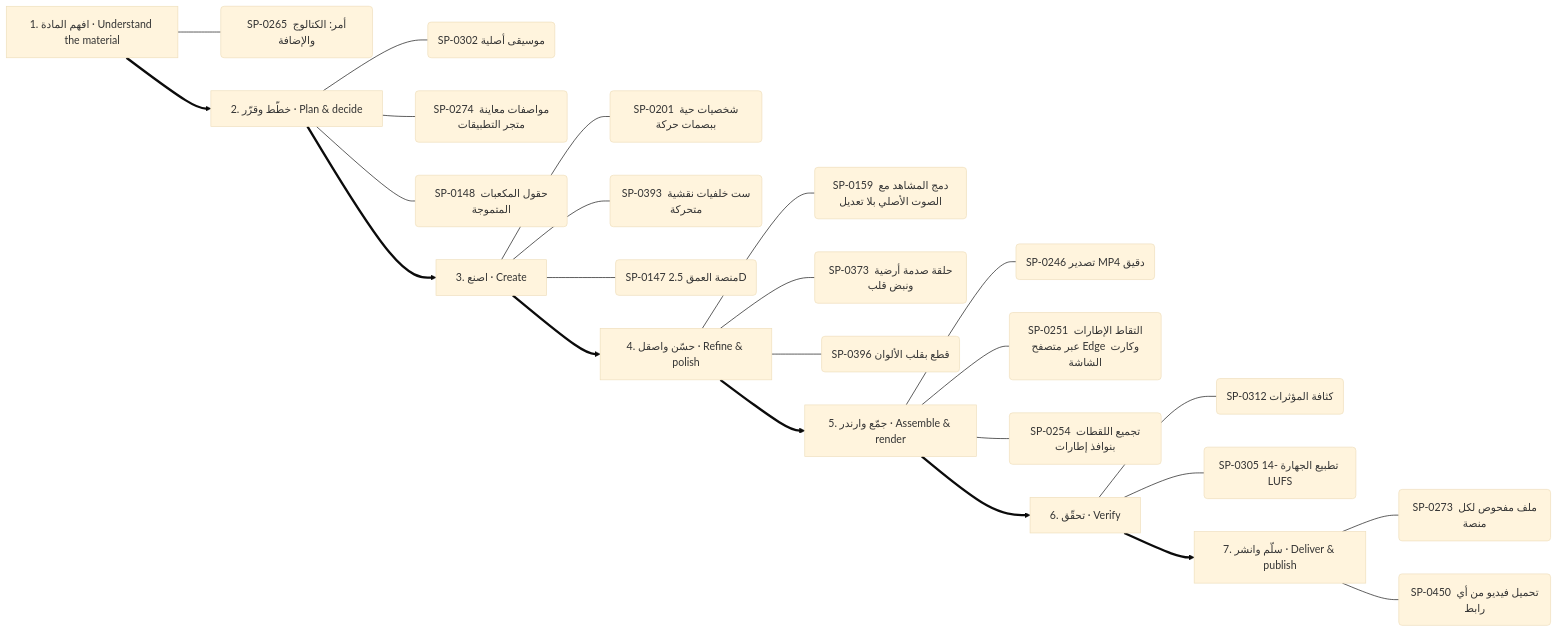
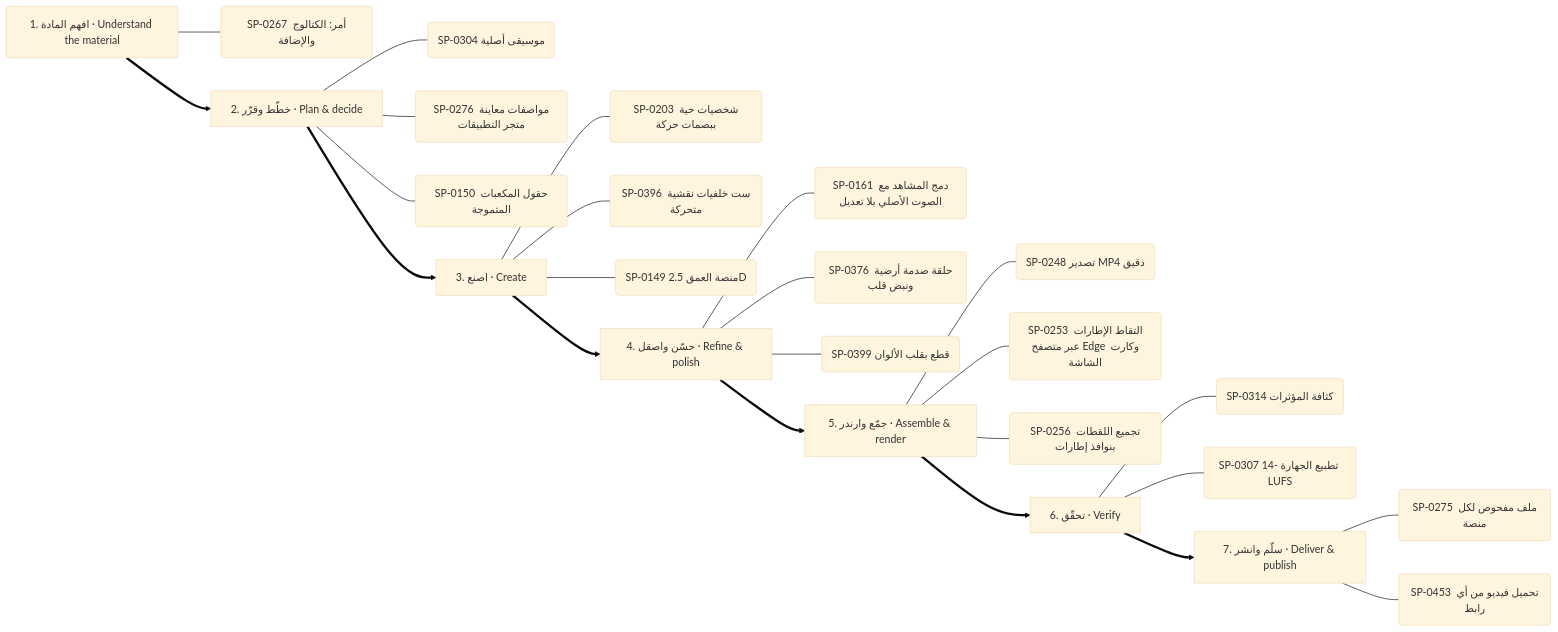
One commit to kosif199022-jpg/kosif-tool changed the fourth of 13 diagrams in .claude/skills/kosif-superpowers/references/capability-mindmap.md. Above: the diagram before and after it, drawn with Mermaid (base theme). The commit also changed other lines of this file and 48 other files, not shown here.

````diff
--- a/.claude/skills/kosif-superpowers/references/capability-mindmap.md
+++ b/.claude/skills/kosif-superpowers/references/capability-mindmap.md
@@ -225,33 +225,33 @@
 ```mermaid
 flowchart LR
   S0["1. افهم المادة · Understand the material"]
-  S0 --- S0_0("SP-0265 أمر: الكتالوج والإضافة")
+  S0 --- S0_0("SP-0267 أمر: الكتالوج والإضافة")
   S1["2. خطّط وقرّر · Plan & decide"]
-  S1 --- S1_0("SP-0302 موسيقى أصلية")
-  S1 --- S1_1("SP-0274 مواصفات معاينة متجر التطبيقات")
-  S1 --- S1_2("SP-0148 حقول المكعبات المتموجة")
+  S1 --- S1_0("SP-0304 موسيقى أصلية")
+  S1 --- S1_1("SP-0276 مواصفات معاينة متجر التطبيقات")
+  S1 --- S1_2("SP-0150 حقول المكعبات المتموجة")
   S0 ==> S1
   S2["3. اصنع · Create"]
-  S2 --- S2_0("SP-0201 شخصيات حية ببصمات حركة")
-  S2 --- S2_1("SP-0393 ست خلفيات نقشية متحركة")
-  S2 --- S2_2("SP-0147 منصة العمق 2.5D")
+  S2 --- S2_0("SP-0203 شخصيات حية ببصمات حركة")
+  S2 --- S2_1("SP-0396 ست خلفيات نقشية متحركة")
+  S2 --- S2_2("SP-0149 منصة العمق 2.5D")
   S1 ==> S2
   S3["4. حسّن واصقل · Refine & polish"]
-  S3 --- S3_0("SP-0159 دمج المشاهد مع الصوت الأصلي بلا تعديل")
-  S3 --- S3_1("SP-0373 حلقة صدمة أرضية ونبض قلب")
-  S3 --- S3_2("SP-0396 قطع بقلب الألوان")
+  S3 --- S3_0("SP-0161 دمج المشاهد مع الصوت الأصلي بلا تعديل")
+  S3 --- S3_1("SP-0376 حلقة صدمة أرضية ونبض قلب")
+  S3 --- S3_2("SP-0399 قطع بقلب الألوان")
   S2 ==> S3
   S4["5. جمّع وارندر · Assemble & render"]
-  S4 --- S4_0("SP-0246 تصدير MP4 دقيق")
-  S4 --- S4_1("SP-0251 التقاط الإطارات عبر متصفح Edge وكارت الشاشة")
-  S4 --- S4_2("SP-0254 تجميع اللقطات بنوافذ إطارات")
+  S4 --- S4_0("SP-0248 تصدير MP4 دقيق")
+  S4 --- S4_1("SP-0253 التقاط الإطارات عبر متصفح Edge وكارت الشاشة")
+  S4 --- S4_2("SP-0256 تجميع اللقطات بنوافذ إطارات")
   S3 ==> S4
   S5["6. تحقّق · Verify"]
-  S5 --- S5_0("SP-0312 كثافة المؤثرات")
-  S5 --- S5_1("SP-0305 تطبيع الجهارة -14 LUFS")
+  S5 --- S5_0("SP-0314 كثافة المؤثرات")
+  S5 --- S5_1("SP-0307 تطبيع الجهارة -14 LUFS")
   S4 ==> S5
   S6["7. سلّم وانشر · Deliver & publish"]
-  S6 --- S6_0("SP-0273 ملف مفحوص لكل منصة")
-  S6 --- S6_1("SP-0450 تحميل فيديو من أي رابط")
+  S6 --- S6_0("SP-0275 ملف مفحوص لكل منصة")
+  S6 --- S6_1("SP-0453 تحميل فيديو من أي رابط")
   S5 ==> S6
 ```
````
